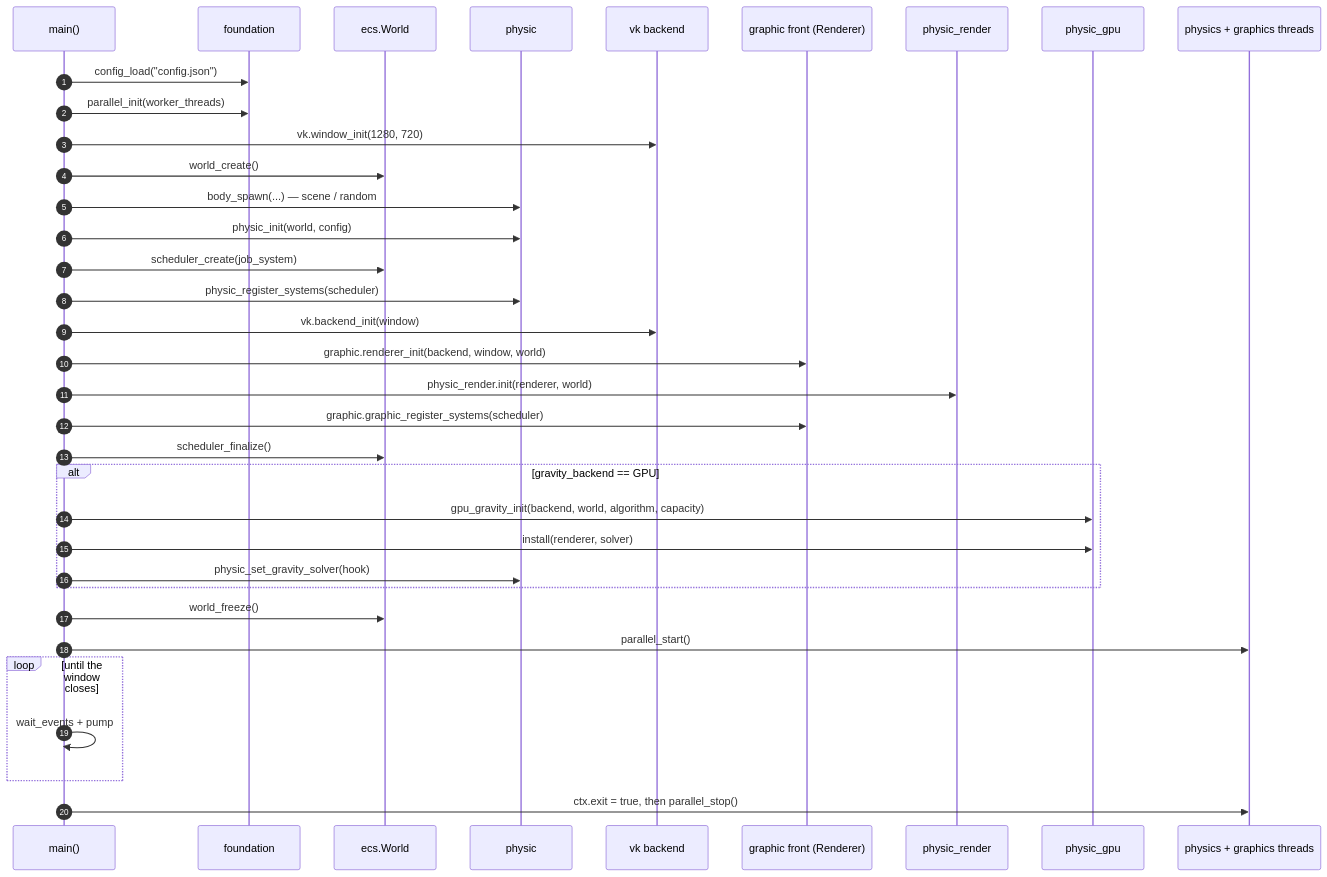
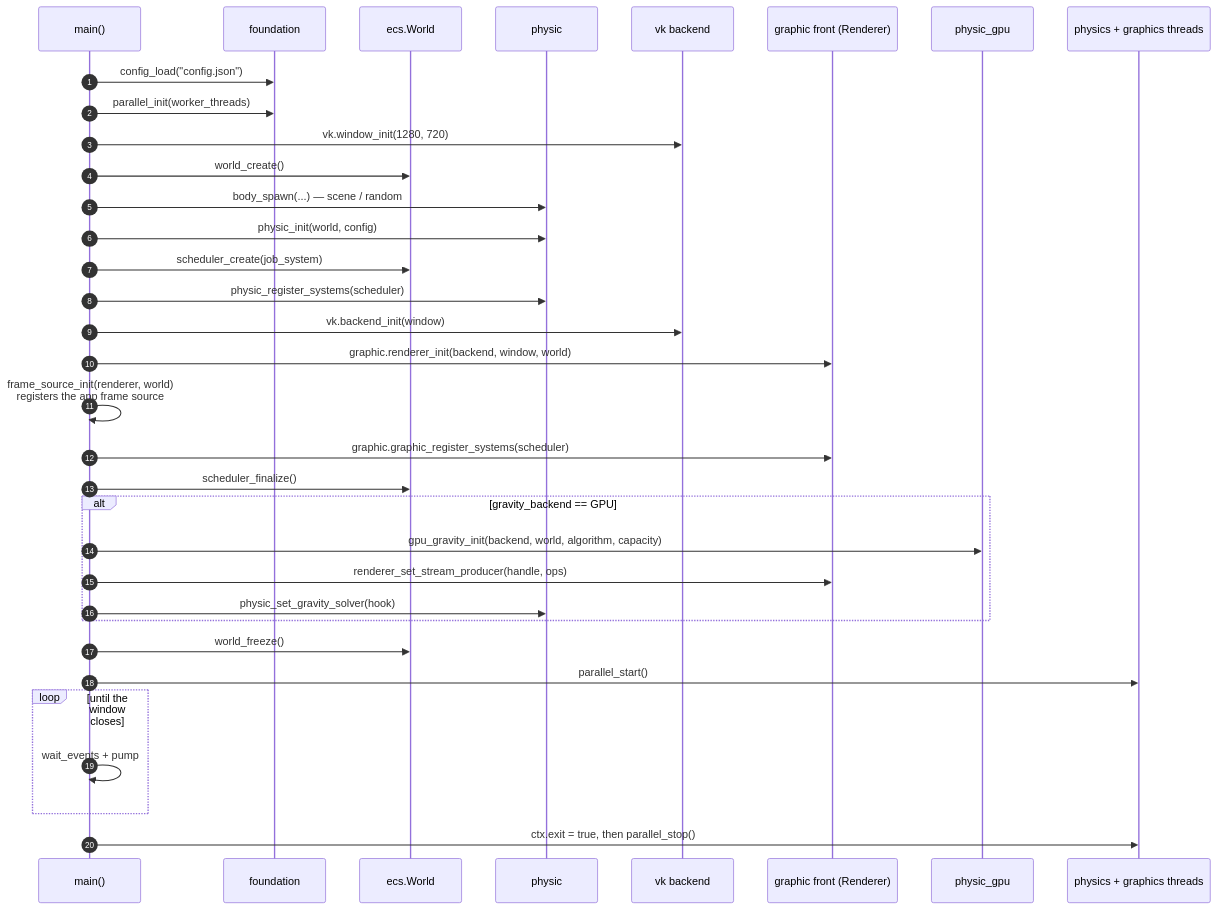
The fourth of 7 diagrams in docs/architecture.md (TanukiConDos/Gravity-Simulator), drawn with Mermaid before and after one commit. The commit also changed other lines of this file and 5 other files, not shown here.

First line of the commit message:
docs: main owns the frame-source adapter as orchestrator

````diff
--- a/docs/architecture.md
+++ b/docs/architecture.md
@@ -160,38 +151,37 @@
 ```mermaid
 sequenceDiagram
     autonumber
     participant M as main()
     participant F as foundation
     participant W as ecs.World
     participant P as physic
     participant B as vk backend
     participant R as graphic front (Renderer)
-    participant PS as physic_render
     participant PG as physic_gpu
     participant T as physics + graphics threads
 
     M->>F: config_load("config.json")
     M->>F: parallel_init(worker_threads)
     M->>B: vk.window_init(1280, 720)
     M->>W: world_create()
     M->>P: body_spawn(...) — scene / random
     M->>P: physic_init(world, config)
     M->>W: scheduler_create(job_system)
     M->>P: physic_register_systems(scheduler)
     M->>B: vk.backend_init(window)
     M->>R: graphic.renderer_init(backend, window, world)
-    M->>PS: physic_render.init(renderer, world)
+    M->>M: frame_source_init(renderer, world)<br/>registers the app frame source
     M->>R: graphic.graphic_register_systems(scheduler)
     M->>W: scheduler_finalize()
     alt gravity_backend == GPU
         M->>PG: gpu_gravity_init(backend, world, algorithm, capacity)
-        M->>PG: install(renderer, solver)
+        M->>R: renderer_set_stream_producer(handle, ops)
         M->>P: physic_set_gravity_solver(hook)
     end
     M->>W: world_freeze()
     M->>T: parallel_start()
     loop until the window closes
         M->>M: wait_events + pump
     end
     M->>T: ctx.exit = true, then parallel_stop()
 ```
````
